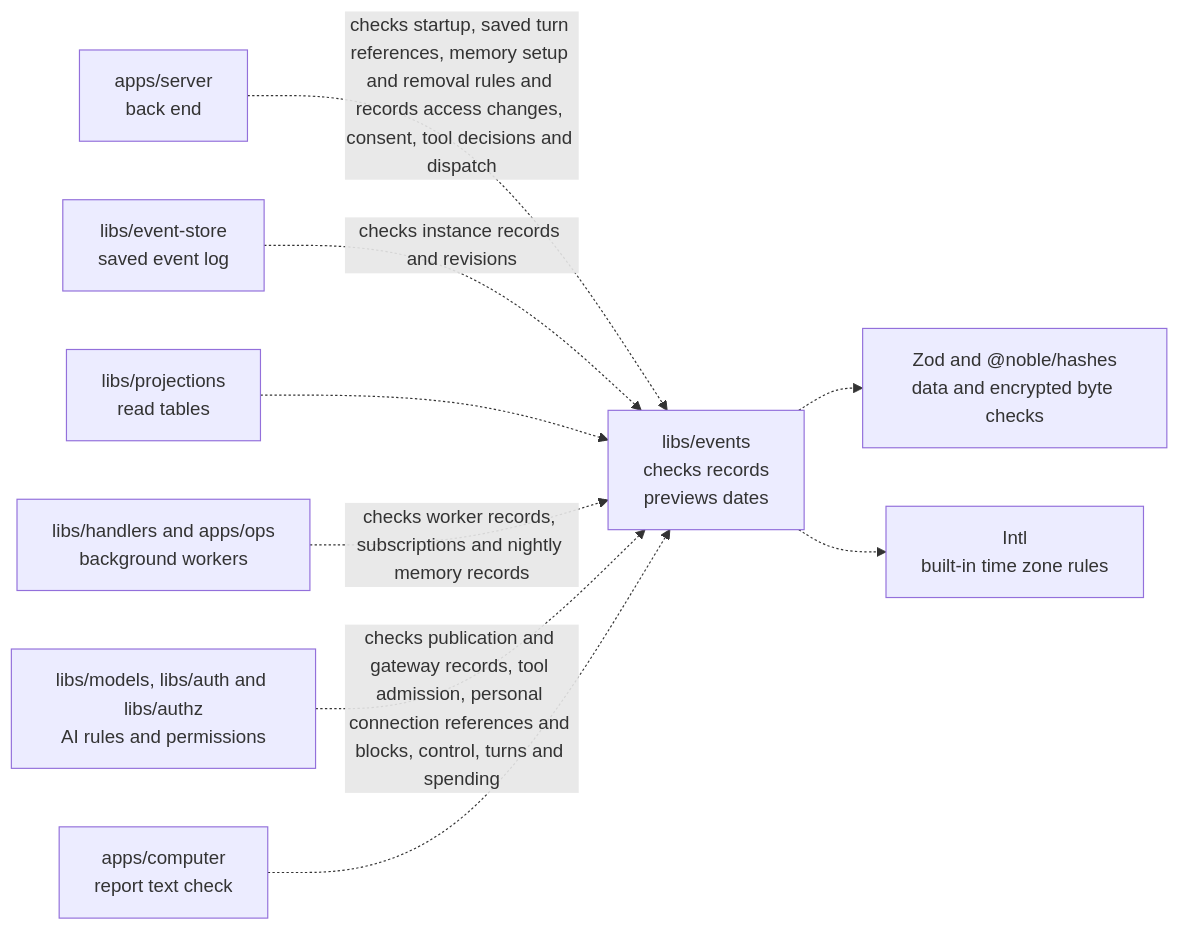
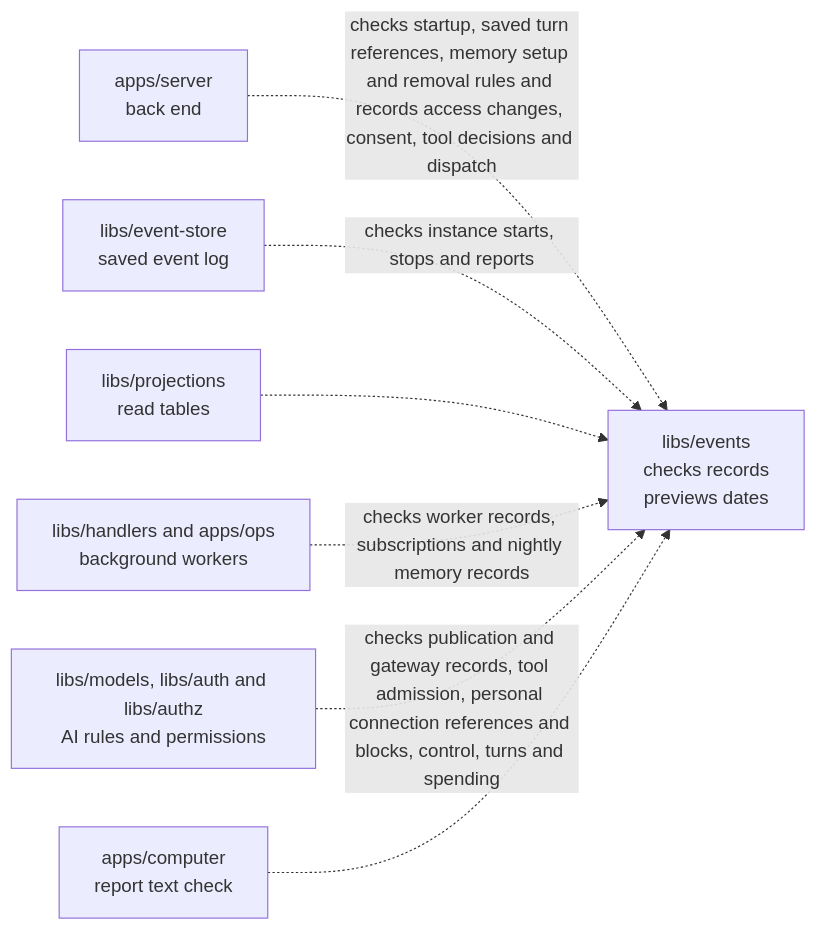
One commit to elewa-git/opencrane-new changed the diagram in libs/events/README.md. Above: the diagram before and after it, drawn with Mermaid. The commit also changed other lines of this file and 16 other files, not shown here.

````diff
--- a/libs/events/README.md
+++ b/libs/events/README.md
@@ -27,11 +27,9 @@
 ```mermaid
 flowchart LR
   server["apps/server<br/>back end"] -.->|checks startup, saved turn references, memory setup and removal rules and records access changes, consent, tool decisions and dispatch| events["libs/events<br/>checks records<br/>previews dates"]
-  store["libs/event-store<br/>saved event log"] -.->|checks instance records and revisions| events
+  store["libs/event-store<br/>saved event log"] -.->|checks instance starts, stops and reports| events
   projections["libs/projections<br/>read tables"] -.-> events
   workers["libs/handlers and apps/ops<br/>background workers"] -.->|checks worker records, subscriptions and nightly memory records| events["libs/events<br/>checks records<br/>previews dates"]
   others["libs/models, libs/auth and libs/authz<br/>AI rules and permissions"] -.->|checks publication and gateway records, tool admission, personal connection references and blocks, control, turns and spending| events
   computer["apps/computer<br/>report text check"] -.-> events
-  events -.-> checks["Zod and @noble/hashes<br/>data and encrypted byte checks"]
-  events -.-> zones["Intl<br/>built-in time zone rules"]
 ```
````
